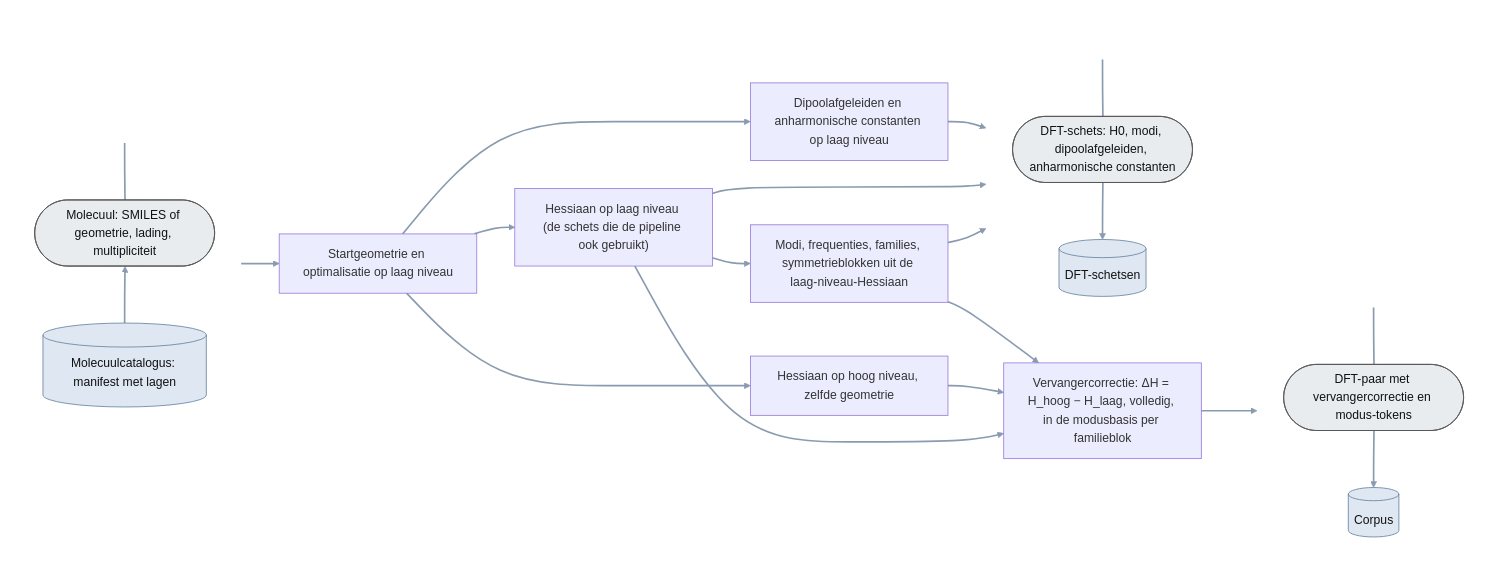
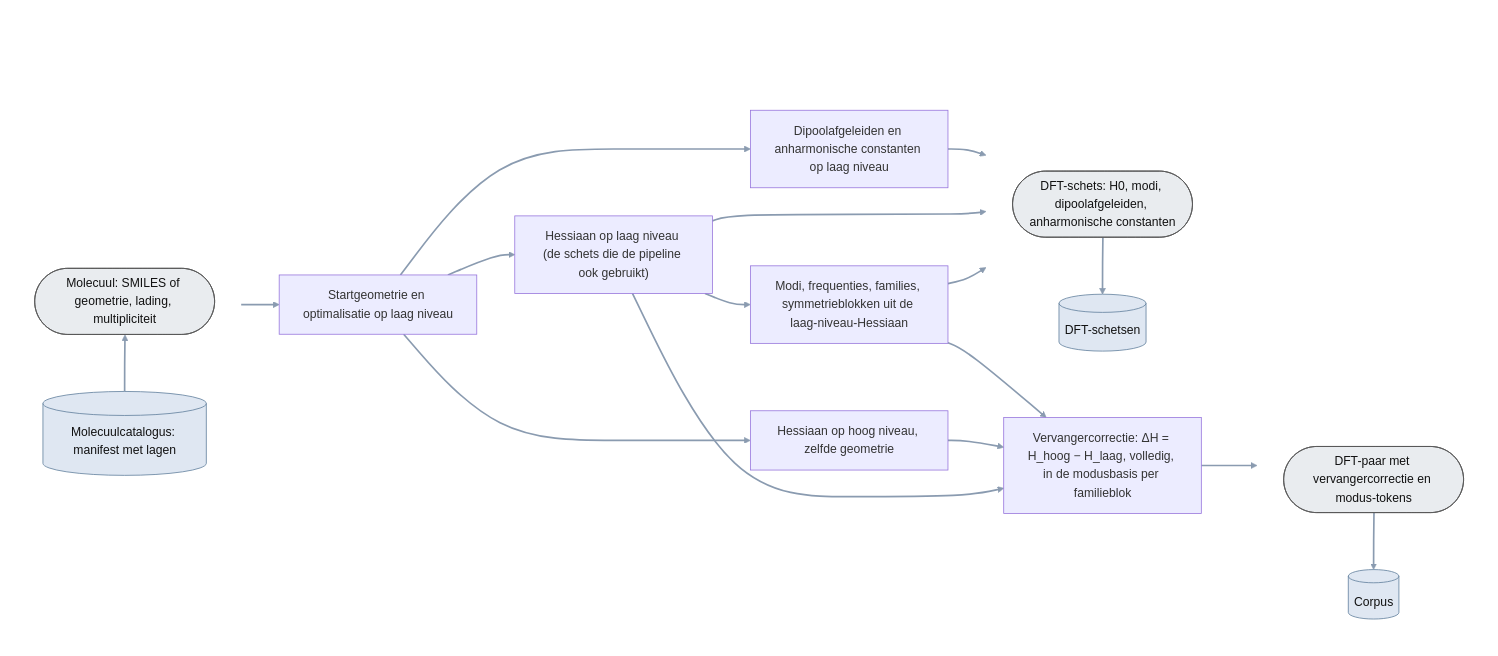
The diagram in plans/05_delta-probed-ir-pipeline/GoalGathering/architecture/11_datacreatie_corpus.mmd (thebreadishard/udacity-capstone-plan), drawn with Mermaid before and after one commit. The commit also changed 5 other files, not shown here.

Commit message:
Plan 05 architecture: taller invisible spacers with index-styled invisible links (no ~~~), data objects aligned with the neighbouring step in a local Mermaid 11 render; preview page for self-checking before commits

```diff
--- a/plans/05_delta-probed-ir-pipeline/GoalGathering/architecture/11_datacreatie_corpus.mmd
+++ b/plans/05_delta-probed-ir-pipeline/GoalGathering/architecture/11_datacreatie_corpus.mmd
@@ -1,53 +1,58 @@
 %% Datacreatie — het corpus: twee DFT-Hessianen per molecuul en wat eruit volgt (niveau 3).
 %% Rechthoek = processtap; ronde uiteinden = data-object; cilinder = opslag (onder het data-object). Alles bestaat.
 flowchart LR
   linkStyle default stroke:#8a9bb0,stroke-width:2.2px
   classDef data fill:#e9ecef,stroke:#555,color:#111
   classDef store fill:#dfe7f2,stroke:#5b7a99,color:#111
 
   subgraph IN [" "]
     direction BT
     MOL(["Molecuul: SMILES of geometrie, lading, multipliciteit"]):::data
     CAT[("Molecuulcatalogus: manifest met lagen")]:::store
     CAT --> MOL
-    SP0[" "]
-    MOL ~~~ SP0
+    SP0["&nbsp;<br/>&nbsp;<br/>&nbsp;"]
   end
-  style SP0 fill:none,stroke:none,color:transparent
   GEO["Startgeometrie en optimalisatie op laag niveau"]
   HLO["Hessiaan op laag niveau (de schets die de pipeline ook gebruikt)"]
   HHI["Hessiaan op hoog niveau, zelfde geometrie"]
   DIP["Dipoolafgeleiden en anharmonische constanten op laag niveau"]
   MODES["Modi, frequenties, families, symmetrieblokken uit de laag-niveau-Hessiaan"]
   PROXY["Vervangercorrectie: ΔH = H_hoog − H_laag, volledig, in de modusbasis per familieblok"]
   subgraph OUT1 [" "]
     direction TB
     PAIR(["DFT-paar met vervangercorrectie en modus-tokens"]):::data
     CORPUS[("Corpus")]:::store
     PAIR --> CORPUS
-    SP1[" "]
-    SP1 ~~~ PAIR
+    SP1["&nbsp;<br/>&nbsp;<br/>&nbsp;"]
   end
-  style SP1 fill:none,stroke:none,color:transparent
   subgraph OUT2 [" "]
     direction TB
     SK(["DFT-schets: H0, modi, dipoolafgeleiden, anharmonische constanten"]):::data
     SKETCHES[("DFT-schetsen")]:::store
     SK --> SKETCHES
-    SP2[" "]
-    SP2 ~~~ SK
+    SP2["&nbsp;<br/>&nbsp;<br/>&nbsp;"]
   end
-  style SP2 fill:none,stroke:none,color:transparent
   style IN fill:none,stroke:none
   style OUT1 fill:none,stroke:none
   style OUT2 fill:none,stroke:none
 
   IN --> GEO --> HLO --> MODES
   GEO --> HHI
   GEO --> DIP
   HLO --> PROXY
   HHI --> PROXY
   MODES --> PROXY --> OUT1
   MODES --> OUT2
   HLO --> OUT2
   DIP --> OUT2
+
+  %% onzichtbare vulknopen boven de data-objecten (uitlijning met de naaste stap); hun verbindingen zijn weggestyled
+  MOL --- SP0
+  SP1 --- PAIR
+  SP2 --- SK
+  linkStyle 15 stroke:none,stroke-width:0px
+  linkStyle 16 stroke:none,stroke-width:0px
+  linkStyle 17 stroke:none,stroke-width:0px
+  style SP0 fill:none,stroke:none,color:transparent
+  style SP1 fill:none,stroke:none,color:transparent
+  style SP2 fill:none,stroke:none,color:transparent
```
